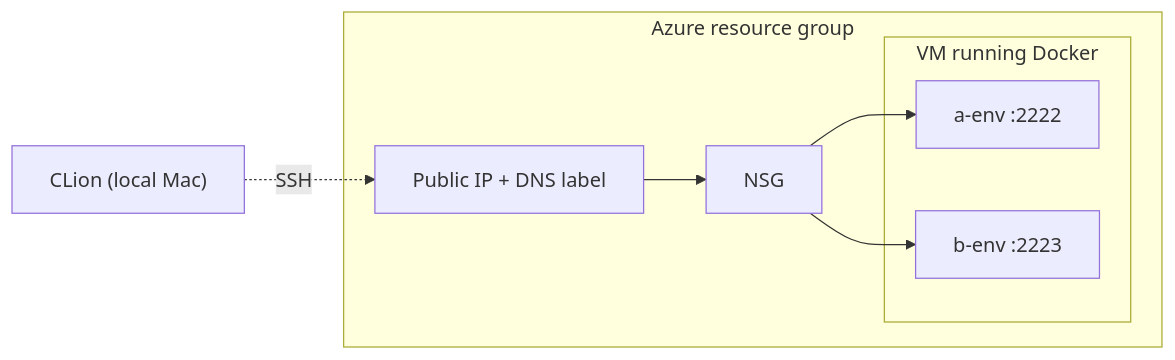
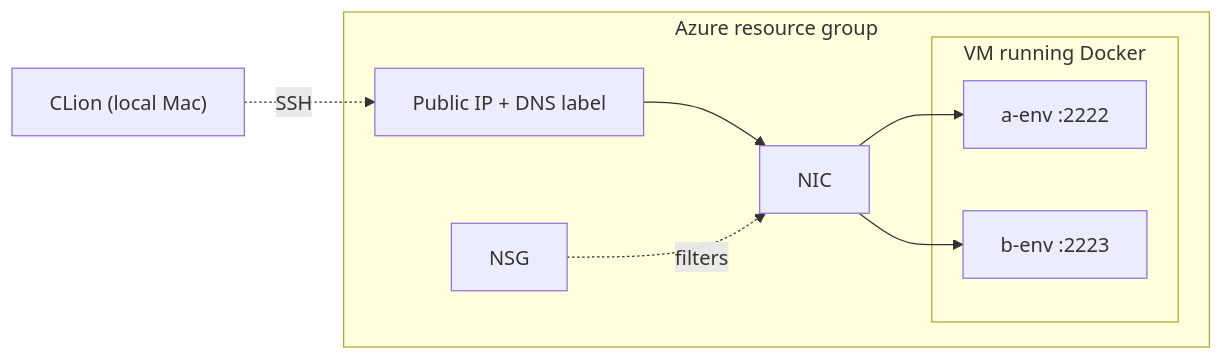
One commit to kylemart/gt-omscs-infra changed the diagram in ARCHITECTURE.md. Above: the diagram before and after it, drawn with Mermaid.

Commit message:
Route diagram data flow through NIC; show NSG as a filter rather than a hop

````diff
--- a/ARCHITECTURE.md
+++ b/ARCHITECTURE.md
@@ -7,19 +7,21 @@
 ```mermaid
 graph LR
     CLion["CLion (local Mac)"]
 
     subgraph RG["Azure resource group"]
         IP["Public IP + DNS label"]
+        NIC["NIC"]
         NSG["NSG"]
 
         subgraph VM["VM running Docker"]
             a["a-env :2222"]
             b["b-env :2223"]
         end
     end
 
     CLion -.->|SSH| IP
-    IP --> NSG
-    NSG --> a
-    NSG --> b
+    IP --> NIC
+    NIC --> a
+    NIC --> b
+    NSG -. filters .-> NIC
 ```
````
